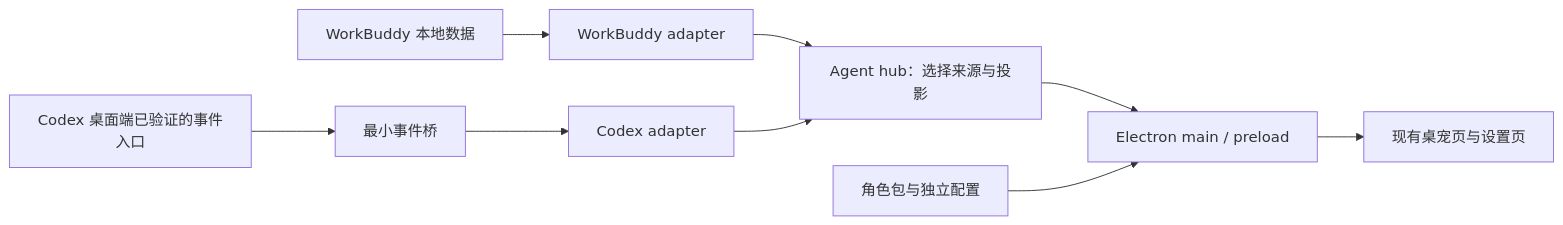
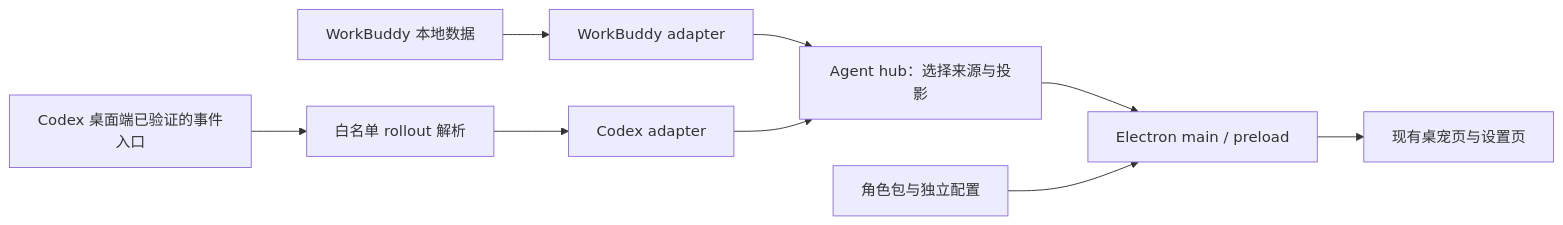
Before and after one commit to 286yingyin/miyo-pet: the diagram in docs/iterations/v0.4.0/design.md, drawn with Mermaid. The commit also changed other lines of this file and 4 other files, not shown here.

Commit message:
docs: scope Codex lifecycle to verified desktop rollout

````diff
--- a/docs/iterations/v0.4.0/design.md
+++ b/docs/iterations/v0.4.0/design.md
@@ -33,11 +33,11 @@
 ```mermaid
 flowchart LR
     W[WorkBuddy 本地数据] --> WA[WorkBuddy adapter]
-    C[Codex 桌面端已验证的事件入口] --> CB[最小事件桥]
+    C[Codex 桌面端已验证的事件入口] --> CB[白名单 rollout 解析]
     CB --> CA[Codex adapter]
     WA --> H[Agent hub：选择来源与投影]
     CA --> H
     H --> M[Electron main / preload]
     P[角色包与独立配置] --> M
     M --> R[现有桌宠页与设置页]
 ```
````
